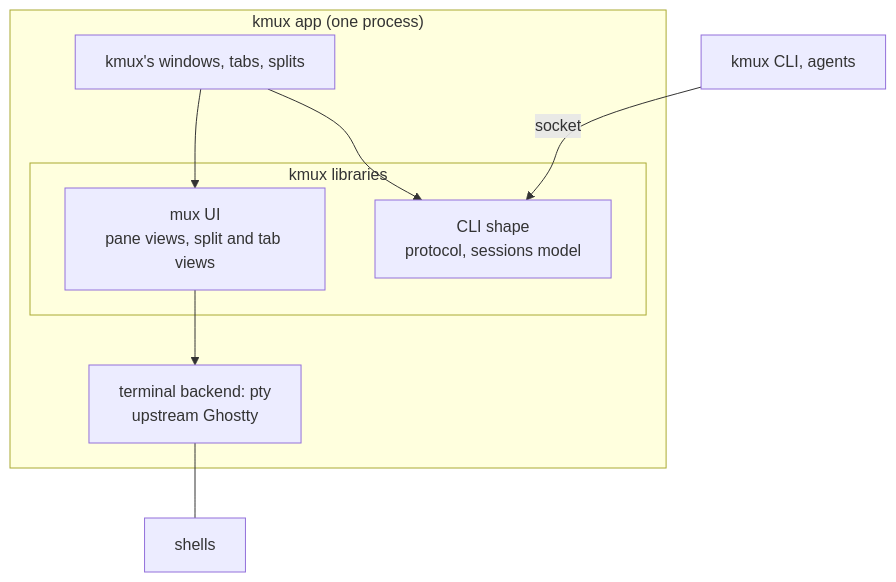
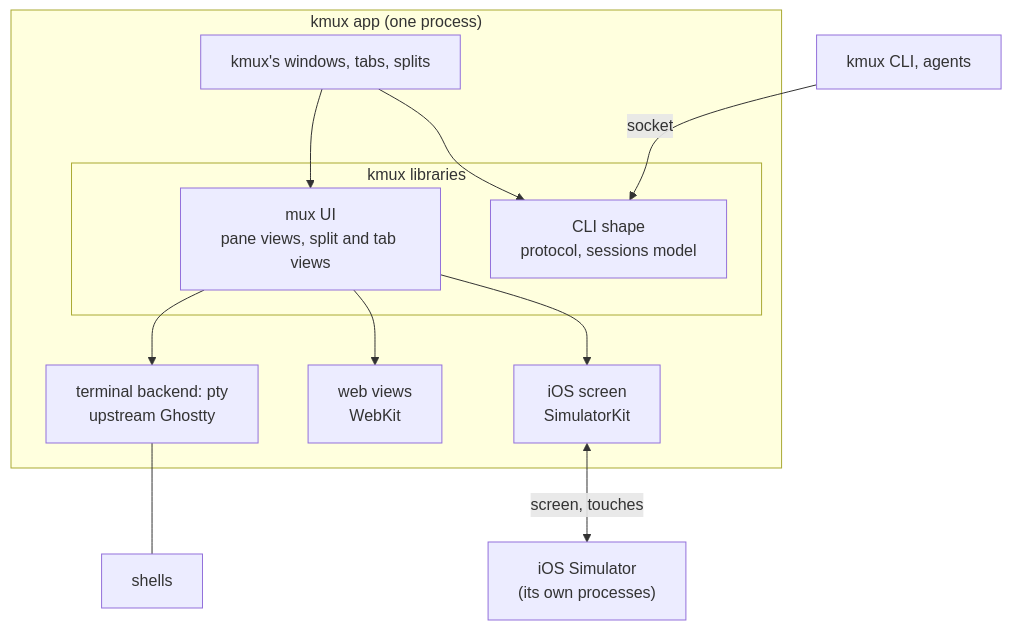
One commit to jemdiggity/kanna-v4 changed the first of 10 diagrams in docs/research/mux-architecture.md. Above: the diagram before and after it, drawn with Mermaid. The commit also changed other lines of this file, not shown here.

Commit message:
Mux architecture: where web and iOS panes live

````diff
--- a/docs/research/mux-architecture.md
+++ b/docs/research/mux-architecture.md
@@ -40,16 +41,21 @@
 ```mermaid
 flowchart TB
     subgraph APP["kmux app (one process)"]
         KUI["kmux's windows, tabs, splits"]
         subgraph LIBS["kmux libraries"]
             CORE["CLI shape<br/>protocol, sessions model"]
             UI["mux UI<br/>pane views, split and tab views"]
         end
         PTYB["terminal backend: pty<br/>upstream Ghostty"]
+        WEB["web views<br/>WebKit"]
+        SIMV["iOS screen<br/>SimulatorKit"]
         KUI --> UI
         KUI --> CORE
         UI --> PTYB
+        UI --> WEB
+        UI --> SIMV
     end
     CLI["kmux CLI, agents"] -->|"socket"| CORE
     PTYB --- SH["shells"]
+    SIMV <-->|"screen, touches"| SIM["iOS Simulator<br/>(its own processes)"]
 ```
````
